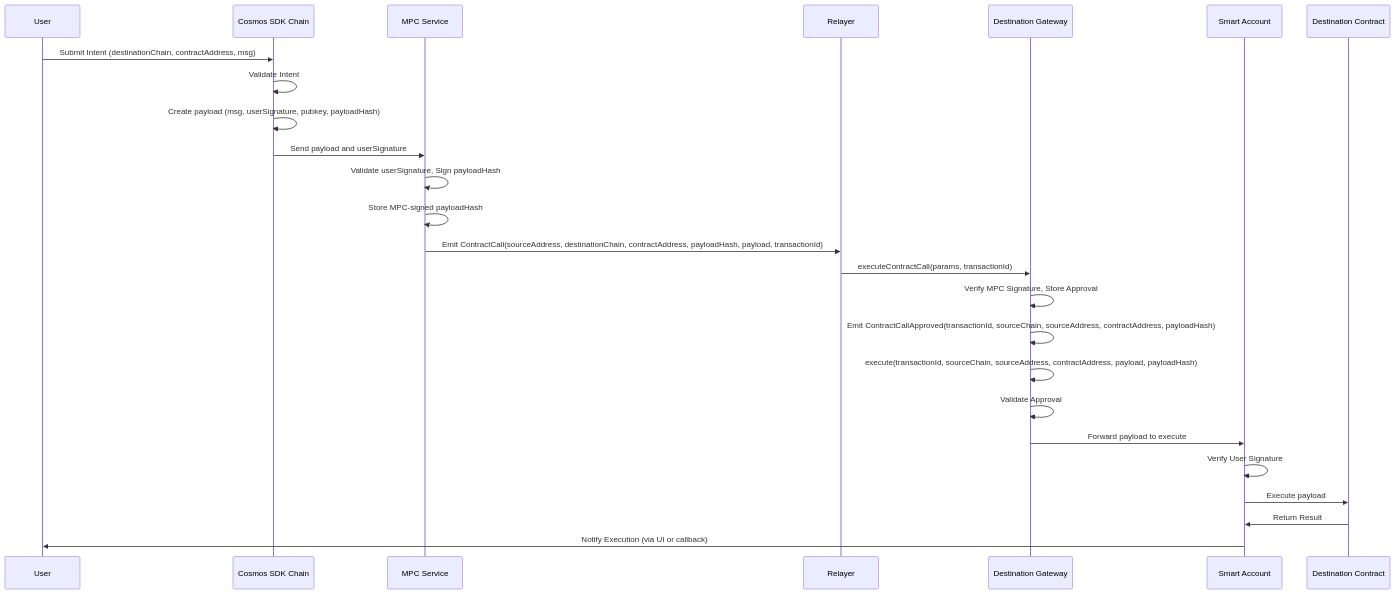
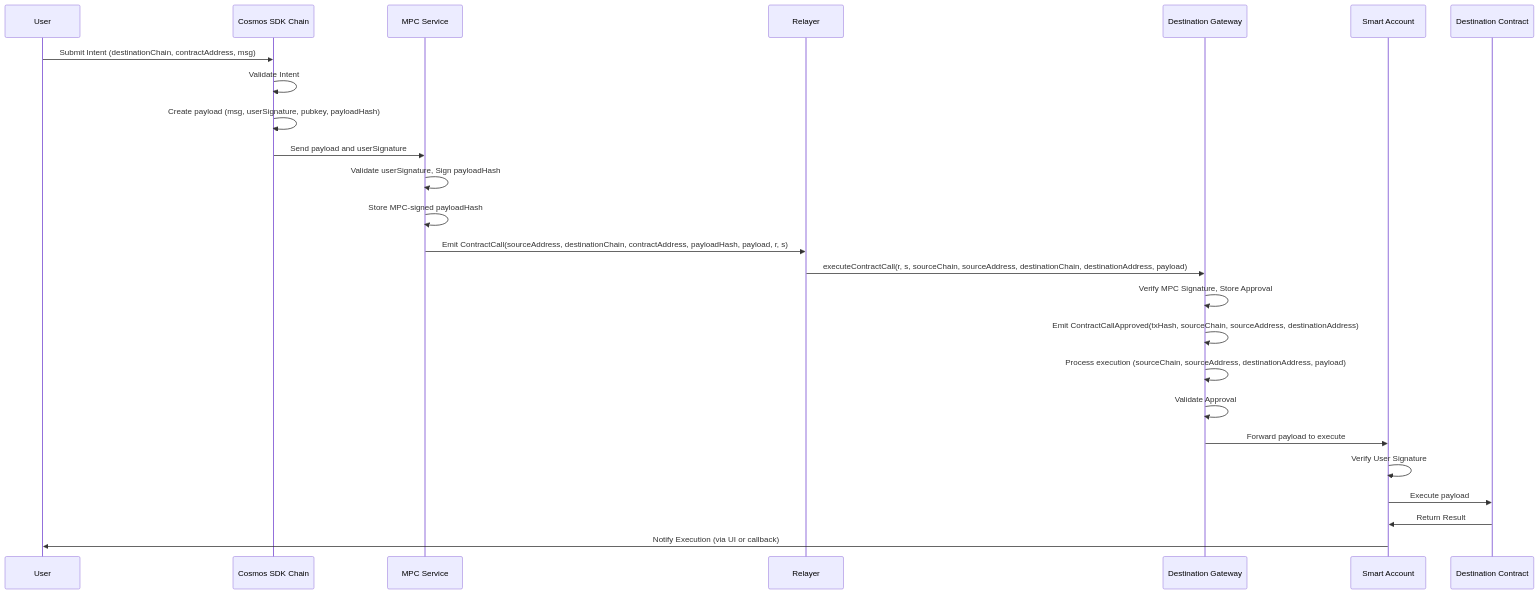
Before and after one commit to s16rv/sourdough-teams: the diagram in docs/spec/gateway/README.md, drawn with Mermaid. The commit also changed other lines of this file and 4 other files, not shown here.

First line of the commit message:
refactor(mpc-gateway): replace ContractCallParams struct with individual parameters

````diff
--- a/docs/spec/gateway/README.md
+++ b/docs/spec/gateway/README.md
@@ -45,28 +45,28 @@
 ```mermaid
 sequenceDiagram
     participant User
     participant CosmosSDK as Cosmos SDK Chain
     participant MPC as MPC Service
     participant Relayer
     participant GatewayDest as Destination Gateway
     participant SmartAccount as Smart Account
     participant DestContract as Destination Contract
 
     User->>CosmosSDK: Submit Intent (destinationChain, contractAddress, msg)
     CosmosSDK->>CosmosSDK: Validate Intent
     CosmosSDK->>CosmosSDK: Create payload (msg, userSignature, pubkey, payloadHash)
     CosmosSDK->>MPC: Send payload and userSignature
     MPC->>MPC: Validate userSignature, Sign payloadHash
     MPC->>MPC: Store MPC-signed payloadHash
-    MPC->>Relayer: Emit ContractCall(sourceAddress, destinationChain, contractAddress, payloadHash, payload, transactionId)
-    Relayer->>GatewayDest: executeContractCall(params, transactionId)
+    MPC->>Relayer: Emit ContractCall(sourceAddress, destinationChain, contractAddress, payloadHash, payload, r, s)
+    Relayer->>GatewayDest: executeContractCall(r, s, sourceChain, sourceAddress, destinationChain, destinationAddress, payload)
     GatewayDest->>GatewayDest: Verify MPC Signature, Store Approval
-    GatewayDest->>GatewayDest: Emit ContractCallApproved(transactionId, sourceChain, sourceAddress, contractAddress, payloadHash)
-    GatewayDest->>GatewayDest: execute(transactionId, sourceChain, sourceAddress, contractAddress, payload, payloadHash)
+    GatewayDest->>GatewayDest: Emit ContractCallApproved(txHash, sourceChain, sourceAddress, destinationAddress)
+    GatewayDest->>GatewayDest: Process execution (sourceChain, sourceAddress, destinationAddress, payload)
     GatewayDest->>GatewayDest: Validate Approval
     GatewayDest->>SmartAccount: Forward payload to execute
     SmartAccount->>SmartAccount: Verify User Signature
     SmartAccount->>DestContract: Execute payload
     DestContract->>SmartAccount: Return Result
     SmartAccount->>User: Notify Execution (via UI or callback)
 ```
````
